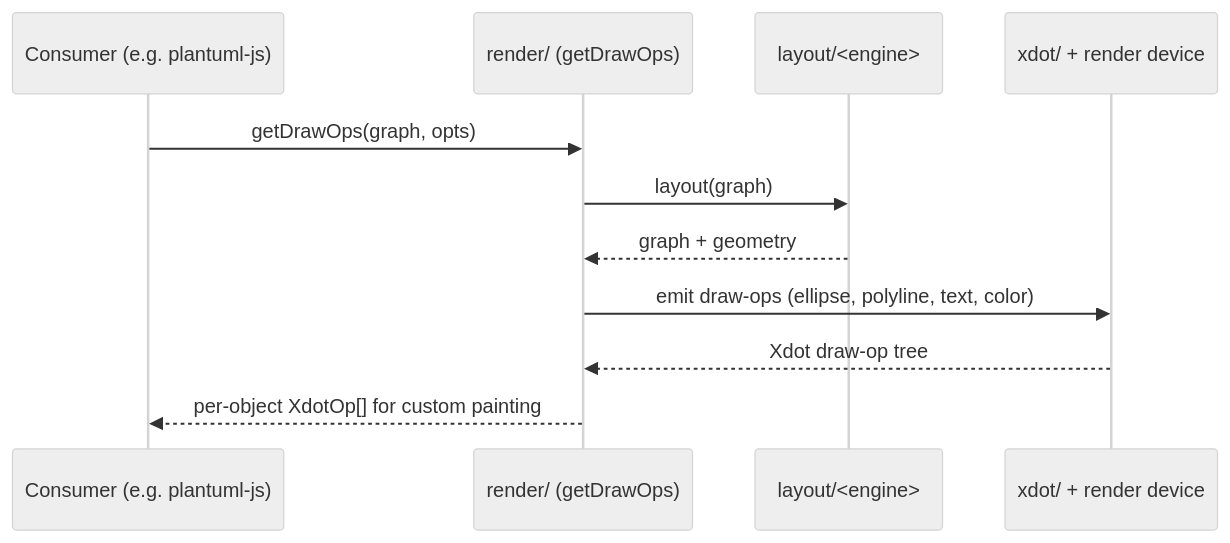
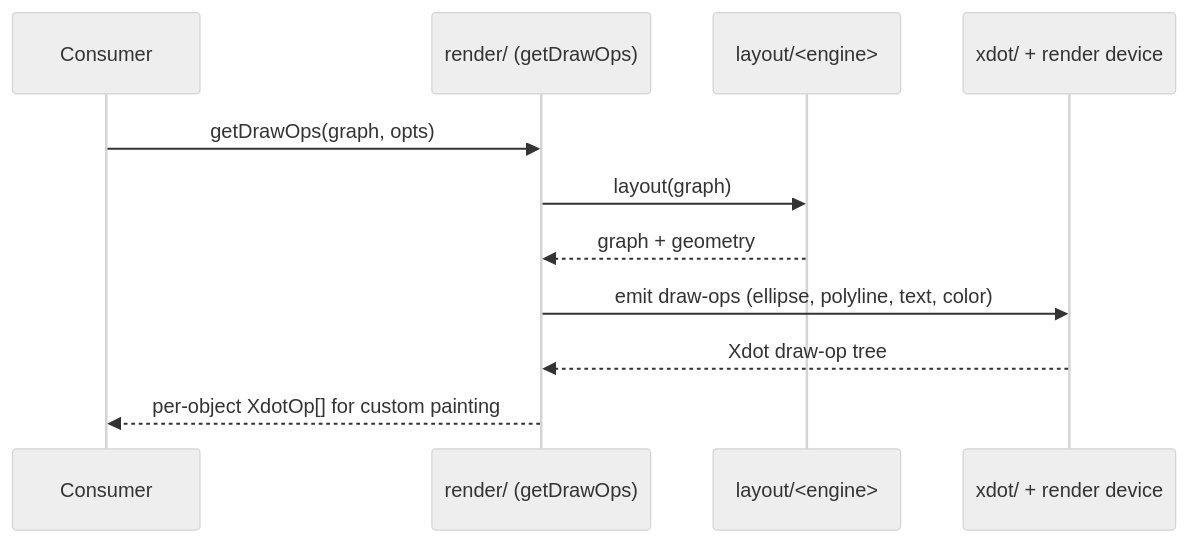
One commit to sseely/graphviz-ts changed the third of 3 diagrams in docs/architecture/data-flow.md. Above: the diagram before and after it, drawn with Mermaid (neutral theme). The commit also changed other lines of this file and 5 other files, not shown here.

First line of the commit message:
docs(architecture): remove external consumer references

````diff
--- a/docs/architecture/data-flow.md
+++ b/docs/architecture/data-flow.md
@@ -71,14 +71,14 @@
 ```mermaid
 sequenceDiagram
-    participant Caller as Consumer (e.g. plantuml-js)
+    participant Caller as Consumer
     participant Render as render/ (getDrawOps)
     participant Engine as layout/<engine>
     participant Xdot as xdot/ + render device
 
     Caller->>Render: getDrawOps(graph, opts)
     Render->>Engine: layout(graph)
     Engine-->>Render: graph + geometry
     Render->>Xdot: emit draw-ops (ellipse, polyline, text, color)
     Xdot-->>Render: Xdot draw-op tree
     Render-->>Caller: per-object XdotOp[] for custom painting
 ```
````
